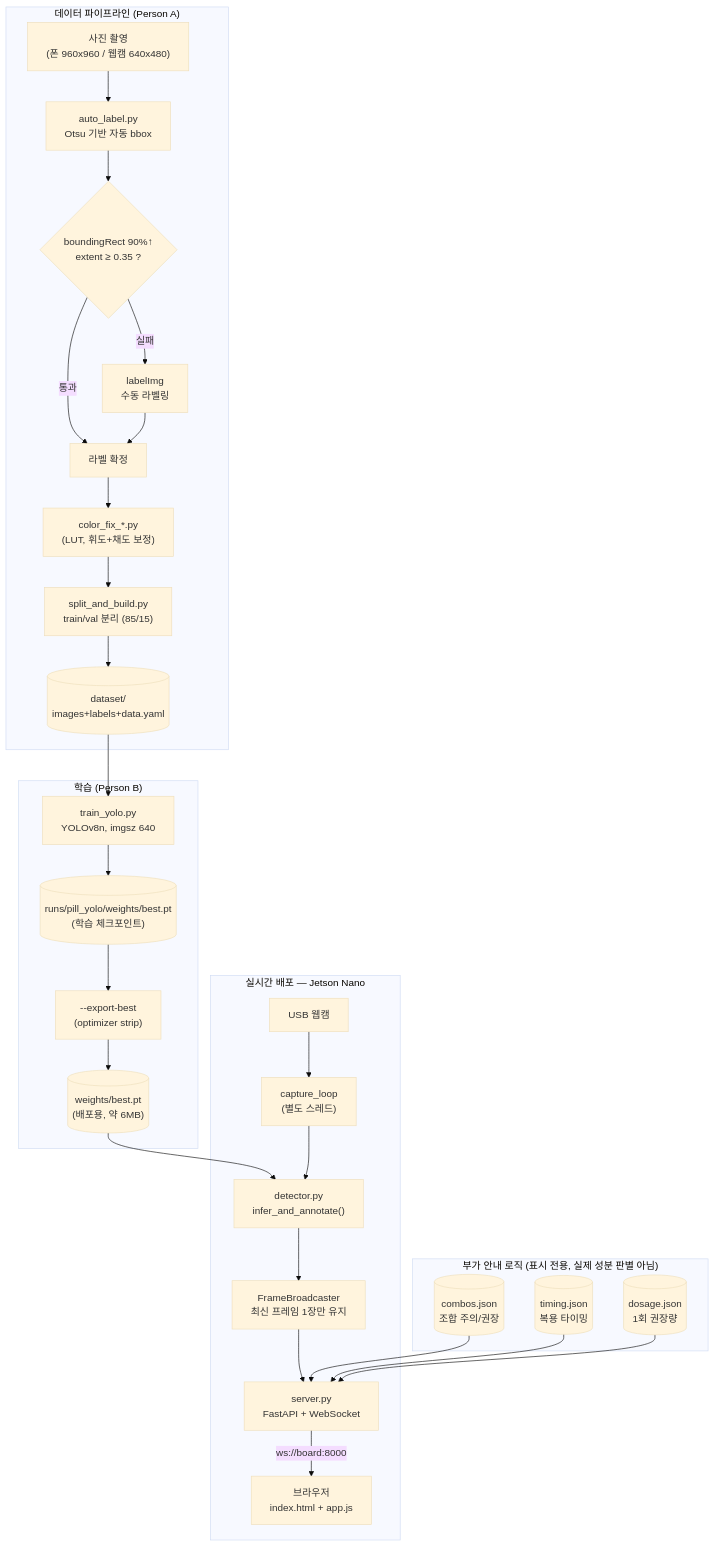
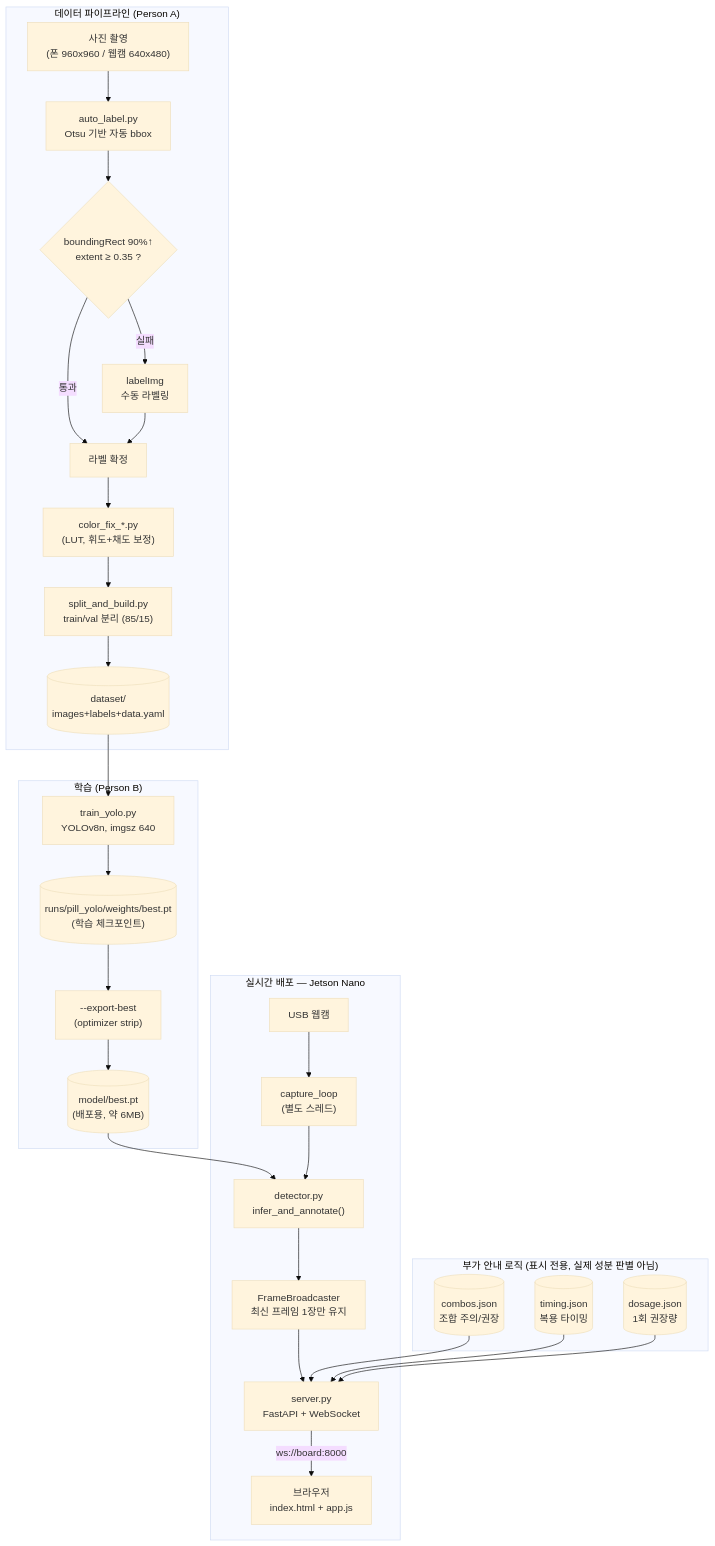
One commit to clanadian/yolo-pill-classifier changed the diagram in docs/architecture.md. Above: the diagram before and after it, drawn with Mermaid (base theme). The commit also changed 10 other files, not shown here.

````diff
--- a/docs/architecture.md
+++ b/docs/architecture.md
@@ -3,39 +3,39 @@
 ```mermaid
 flowchart TB
     subgraph DATA["데이터 파이프라인 (Person A)"]
         A1["사진 촬영\n(폰 960x960 / 웹캠 640x480)"] --> A2["auto_label.py\nOtsu 기반 자동 bbox"]
         A2 --> A3{"boundingRect 90%↑\nextent ≥ 0.35 ?"}
         A3 -->|실패| A4["labelImg\n수동 라벨링"]
         A3 -->|통과| A5["라벨 확정"]
         A4 --> A5
         A5 --> A6["color_fix_*.py\n(LUT, 휘도+채도 보정)"]
         A6 --> A7["split_and_build.py\ntrain/val 분리 (85/15)"]
         A7 --> A8[("dataset/\nimages+labels+data.yaml")]
     end
 
     subgraph TRAIN["학습 (Person B)"]
         A8 --> B1["train_yolo.py\nYOLOv8n, imgsz 640"]
         B1 --> B2[("runs/pill_yolo/weights/best.pt\n(학습 체크포인트)")]
         B2 --> B3["--export-best\n(optimizer strip)"]
-        B3 --> B4[("weights/best.pt\n(배포용, 약 6MB)")]
+        B3 --> B4[("model/best.pt\n(배포용, 약 6MB)")]
     end
 
     subgraph DEPLOY["실시간 배포 — Jetson Nano"]
         C1["USB 웹캠"] --> C2["capture_loop\n(별도 스레드)"]
         B4 --> C3["detector.py\ninfer_and_annotate()"]
         C2 --> C3
         C3 --> C4["FrameBroadcaster\n최신 프레임 1장만 유지"]
         C4 --> C5["server.py\nFastAPI + WebSocket"]
         C5 -->|"ws://board:8000"| C6["브라우저\nindex.html + app.js"]
     end
 
     subgraph OVERLAY["부가 안내 로직 (표시 전용, 실제 성분 판별 아님)"]
         D1[("combos.json\n조합 주의/권장")]
         D2[("timing.json\n복용 타이밍")]
         D3[("dosage.json\n1회 권장량")]
     end
 
     D1 --> C5
     D2 --> C5
     D3 --> C5
 ```
````
